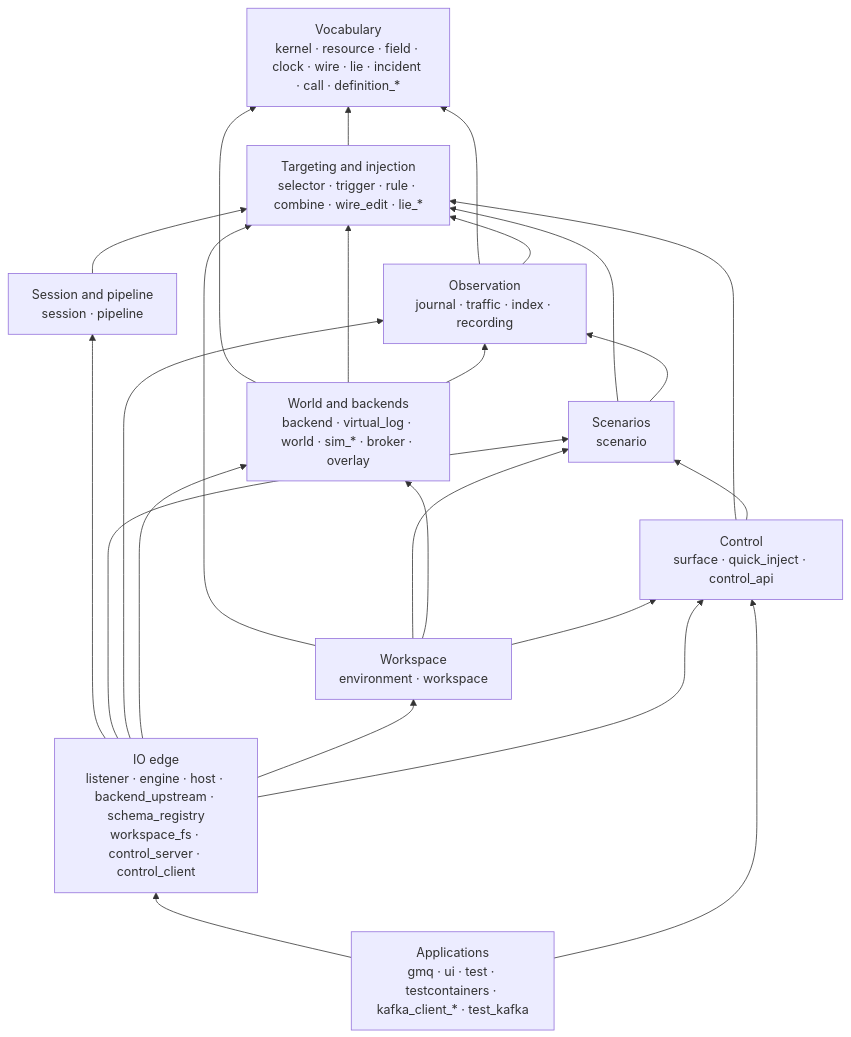
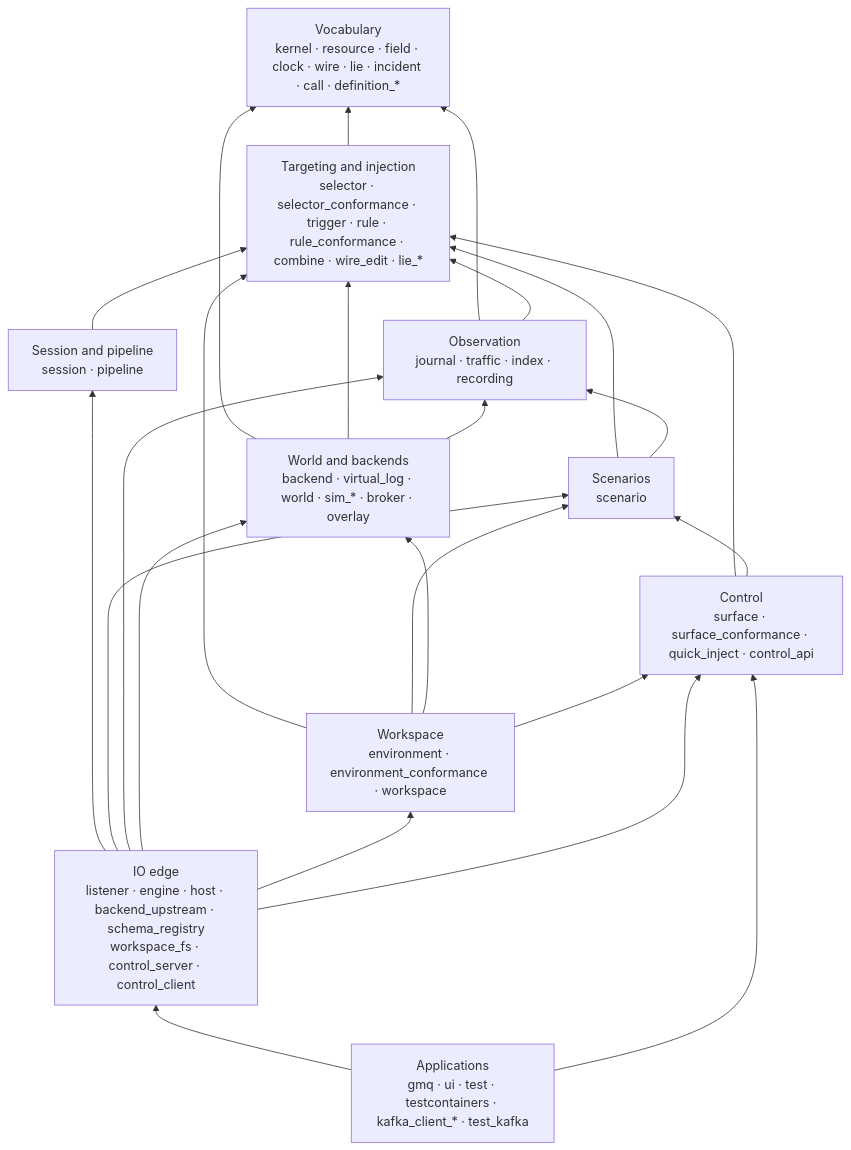
The diagram in docs/specs/architecture/crates.md (cruxy-eu/gaslightmq), drawn with Mermaid before and after one commit. The commit also changed other lines of this file and 32 other files, not shown here.

````diff
--- a/docs/specs/architecture/crates.md
+++ b/docs/specs/architecture/crates.md
@@ -215,37 +247,37 @@
 ```mermaid
 flowchart BT
   V["Vocabulary<br/>kernel · resource · field · clock · wire · lie · incident · call · definition_*"]
-  T["Targeting and injection<br/>selector · trigger · rule · combine · wire_edit · lie_*"]
+  T["Targeting and injection<br/>selector · selector_conformance · trigger · rule · rule_conformance · combine · wire_edit · lie_*"]
   P["Session and pipeline<br/>session · pipeline"]
   S["Scenarios<br/>scenario"]
   O["Observation<br/>journal · traffic · index · recording"]
   W["World and backends<br/>backend · virtual_log · world · sim_* · broker · overlay"]
-  F["Workspace<br/>environment · workspace"]
-  C["Control<br/>surface · quick_inject · control_api"]
+  F["Workspace<br/>environment · environment_conformance · workspace"]
+  C["Control<br/>surface · surface_conformance · quick_inject · control_api"]
   IO["IO edge<br/>listener · engine · host · backend_upstream · schema_registry<br/>workspace_fs · control_server · control_client"]
   A["Applications<br/>gmq · ui · test · testcontainers · kafka_client_* · test_kafka"]
 
   T --> V
   P --> T
   S --> T
   S --> O
   O --> V
   O --> T
   W --> V
   W --> T
   W --> O
   F --> T
   F --> S
   F --> W
   F --> C
   C --> T
   C --> S
   IO --> P
   IO --> S
   IO --> O
   IO --> W
   IO --> F
   IO --> C
   A --> IO
   A --> C
 ```
````
